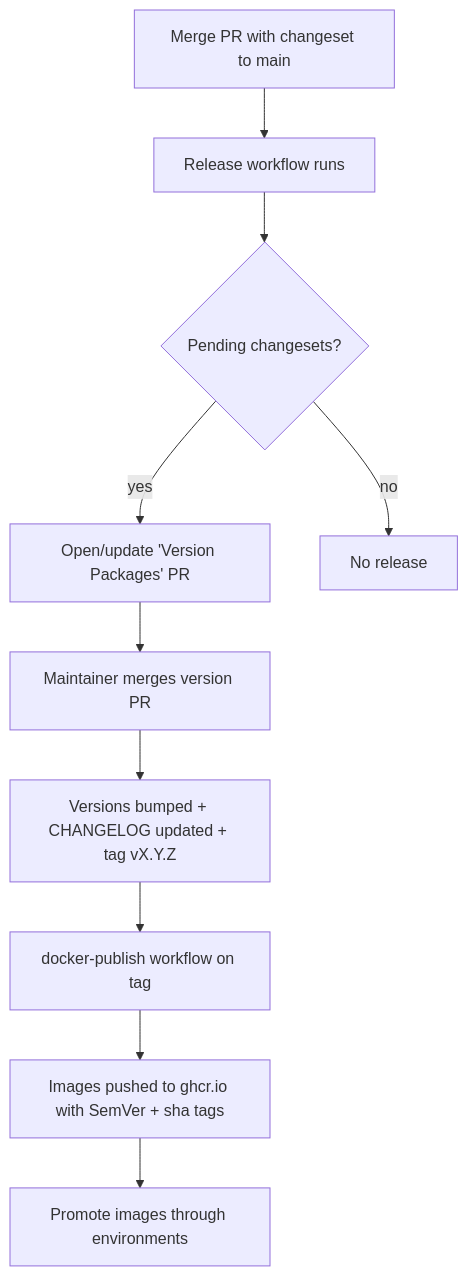
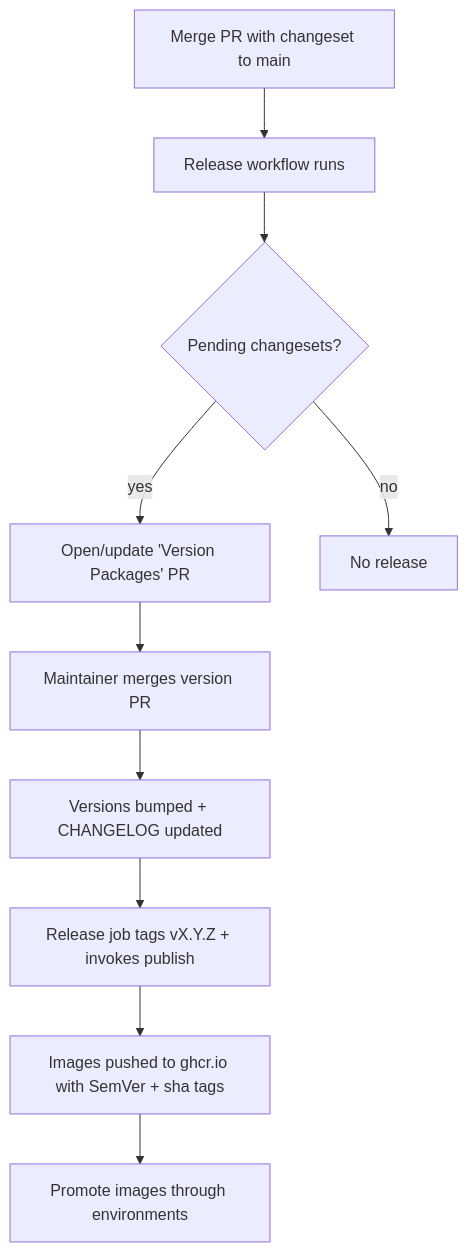
One commit to HuttonHomeHub/SchedulePoint_1 changed the diagram in docs/DEPLOYMENT.md. Above: the diagram before and after it, drawn with Mermaid. The commit also changed other lines of this file and 6 other files, not shown here.

First line of the commit message:
ci(release): auto-tag releases + publish images; add runnable release compose (#6)

````diff
--- a/docs/DEPLOYMENT.md
+++ b/docs/DEPLOYMENT.md
@@ -10,12 +10,12 @@
 ```mermaid
 flowchart TD
   A[Merge PR with changeset to main] --> B[Release workflow runs]
   B --> C{Pending changesets?}
   C -- yes --> D[Open/update 'Version Packages' PR]
   D --> E[Maintainer merges version PR]
-  E --> F[Versions bumped + CHANGELOG updated + tag vX.Y.Z]
-  F --> G[docker-publish workflow on tag]
+  E --> F[Versions bumped + CHANGELOG updated]
+  F --> G[Release job tags vX.Y.Z + invokes publish]
   G --> H[Images pushed to ghcr.io with SemVer + sha tags]
   H --> I[Promote images through environments]
   C -- no --> J[No release]
 ```
````
